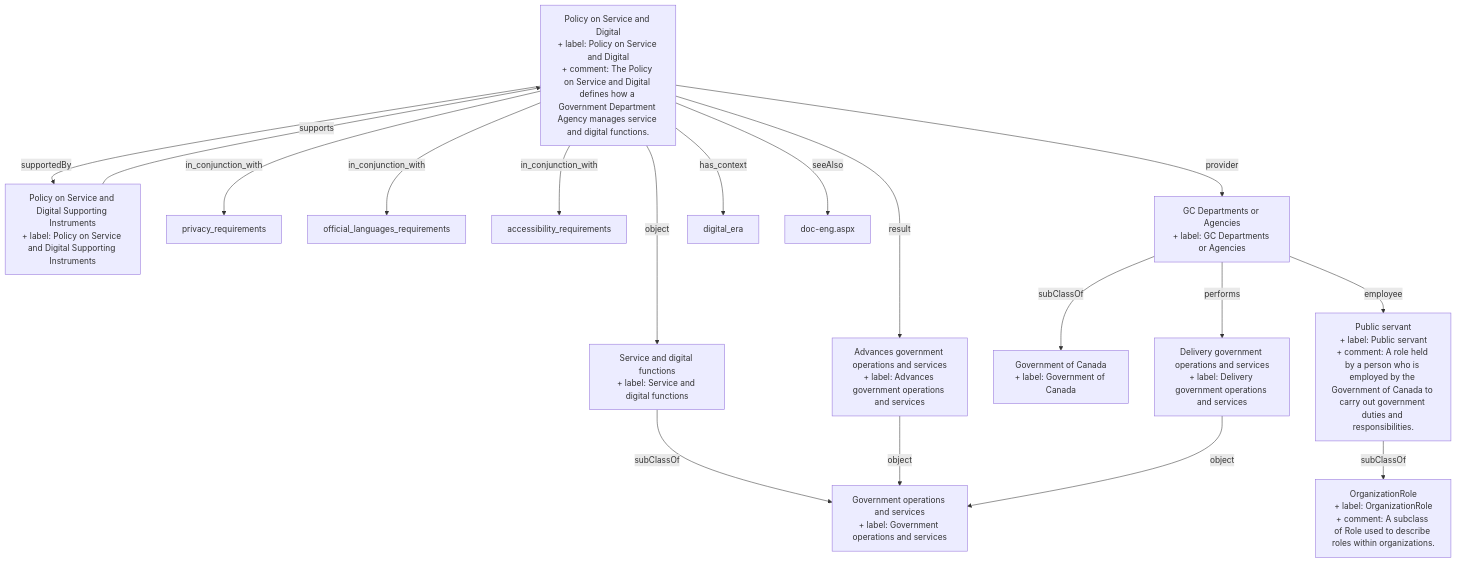
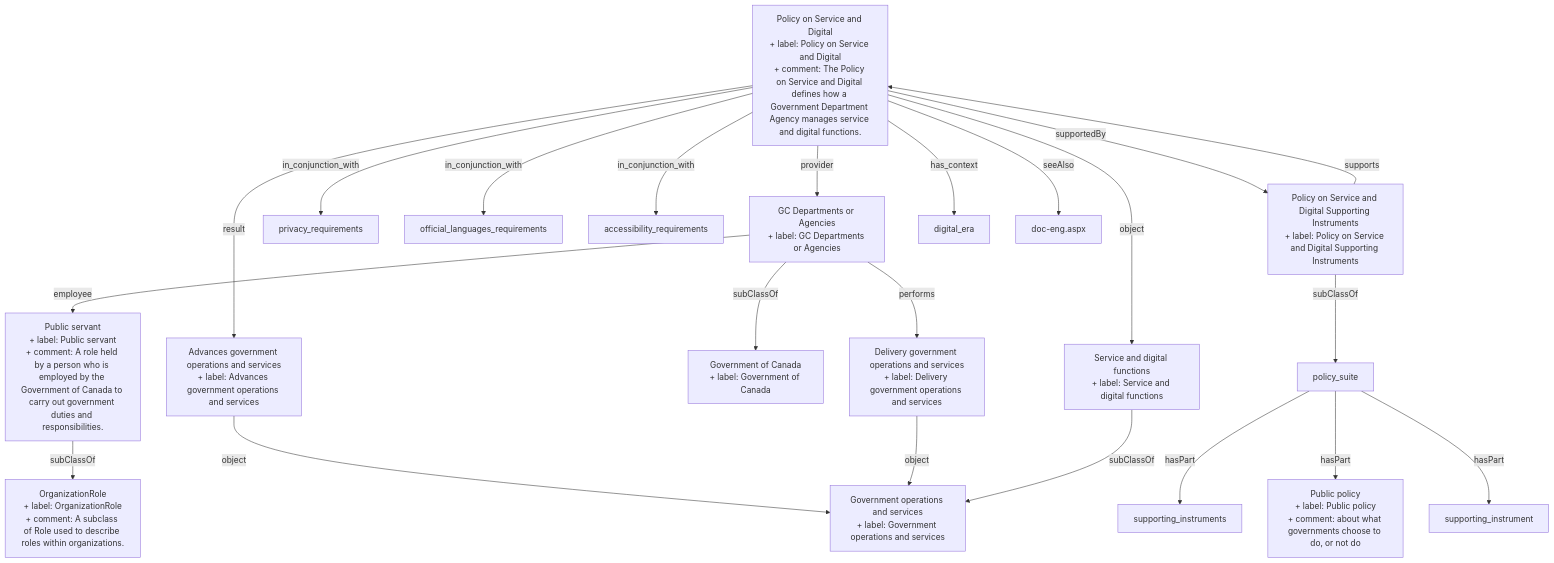
The diagram in content/policy on service and digital/policy_service_digital.md (heidingaway/heidi2), drawn with Mermaid before and after one commit. The commit also changed other lines of this file and 512 other files, not shown here.

````diff
--- a/content/policy on service and digital/policy_service_digital.md
+++ b/content/policy on service and digital/policy_service_digital.md
@@ -38,35 +42,43 @@
 ```mermaid
 graph TD
   Policy_on_Service_and_Digital["Policy on Service and Digital<br>+ label: Policy on Service and Digital<br>+ comment: The Policy on Service and Digital defines how a Government Department Agency manages service and digital functions. "]:::current-page-node
   Policy_on_Service_and_Digital_Supporting_Instruments["Policy on Service and Digital Supporting Instruments<br>+ label: Policy on Service and Digital Supporting Instruments"]
   privacy_requirements["privacy_requirements"]
   official_languages_requirements["official_languages_requirements"]
   accessibility_requirements["accessibility_requirements"]
   Service_and_digital_functions["Service and digital functions<br>+ label: Service and digital functions"]
   GC_Departments_or_Agencies["GC Departments or Agencies<br>+ label: GC Departments or Agencies"]
   Advances_government_operations_and_services["Advances government operations and services<br>+ label: Advances government operations and services"]
   digital_era["digital_era"]
   doc_engaspx["doc-eng.aspx"]
   Government_operations_and_services["Government operations and services<br>+ label: Government operations and services"]
   Government_of_Canada["Government of Canada<br>+ label: Government of Canada"]
   Public_servant["Public servant<br>+ label: Public servant<br>+ comment: A role held by a person who is employed by the Government of Canada to carry out government duties and responsibilities."]
   Delivery_government_operations_and_services["Delivery government operations and services<br>+ label: Delivery government operations and services"]
+  policy_suite["policy_suite"]
   OrganizationRole["OrganizationRole<br>+ label: OrganizationRole<br>+ comment: A subclass of Role used to describe roles within organizations."]
+  Public_policy["Public policy<br>+ label: Public policy<br>+ comment: about what governments choose to do, or not do"]
+  supporting_instrument["supporting_instrument"]
+  supporting_instruments["supporting_instruments"]
+  Policy_on_Service_and_Digital_Supporting_Instruments-->|" subClassOf "|policy_suite
+  Public_servant-->|" subClassOf "|OrganizationRole
+  policy_suite-->|" hasPart "|supporting_instruments
+  Policy_on_Service_and_Digital-->|" in_conjunction_with "|privacy_requirements
+  Policy_on_Service_and_Digital-->|" provider "|GC_Departments_or_Agencies
+  Policy_on_Service_and_Digital-->|" seeAlso "|doc_engaspx
+  policy_suite-->|" hasPart "|Public_policy
+  GC_Departments_or_Agencies-->|" subClassOf "|Government_of_Canada
+  Policy_on_Service_and_Digital_Supporting_Instruments-->|" supports "|Policy_on_Service_and_Digital
+  Policy_on_Service_and_Digital-->|" object "|Service_and_digital_functions
+  Advances_government_operations_and_services-->|" object "|Government_operations_and_services
+  Policy_on_Service_and_Digital-->|" has_context "|digital_era
+  Policy_on_Service_and_Digital-->|" supportedBy "|Policy_on_Service_and_Digital_Supporting_Instruments
+  policy_suite-->|" hasPart "|supporting_instrument
   GC_Departments_or_Agencies-->|" employee "|Public_servant
+  Delivery_government_operations_and_services-->|" object "|Government_operations_and_services
   Policy_on_Service_and_Digital-->|" in_conjunction_with "|official_languages_requirements
   Policy_on_Service_and_Digital-->|" in_conjunction_with "|accessibility_requirements
+  GC_Departments_or_Agencies-->|" performs "|Delivery_government_operations_and_services
   Service_and_digital_functions-->|" subClassOf "|Government_operations_and_services
-  Advances_government_operations_and_services-->|" object "|Government_operations_and_services
-  GC_Departments_or_Agencies-->|" subClassOf "|Government_of_Canada
-  GC_Departments_or_Agencies-->|" performs "|Delivery_government_operations_and_services
-  Policy_on_Service_and_Digital-->|" object "|Service_and_digital_functions
-  Policy_on_Service_and_Digital-->|" has_context "|digital_era
   Policy_on_Service_and_Digital-->|" result "|Advances_government_operations_and_services
-  Public_servant-->|" subClassOf "|OrganizationRole
-  Delivery_government_operations_and_services-->|" object "|Government_operations_and_services
-  Policy_on_Service_and_Digital-->|" supportedBy "|Policy_on_Service_and_Digital_Supporting_Instruments
-  Policy_on_Service_and_Digital-->|" seeAlso "|doc_engaspx
-  Policy_on_Service_and_Digital-->|" provider "|GC_Departments_or_Agencies
-  Policy_on_Service_and_Digital_Supporting_Instruments-->|" supports "|Policy_on_Service_and_Digital
-  Policy_on_Service_and_Digital-->|" in_conjunction_with "|privacy_requirements
 ```
````
